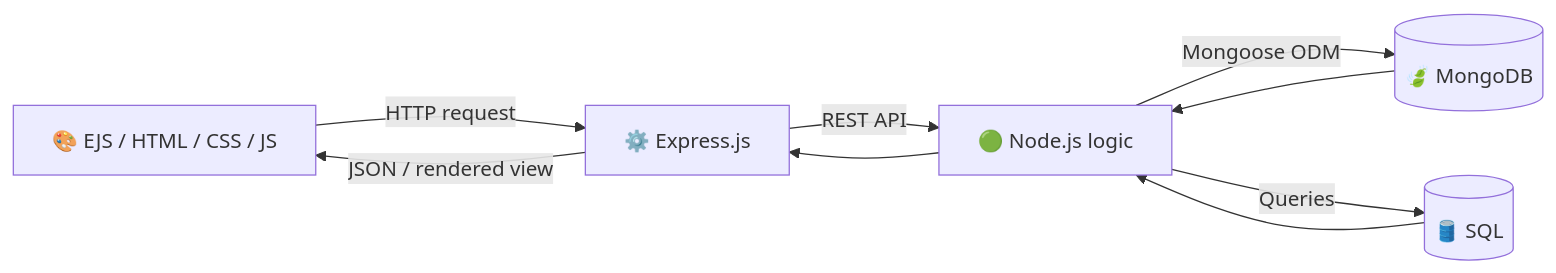
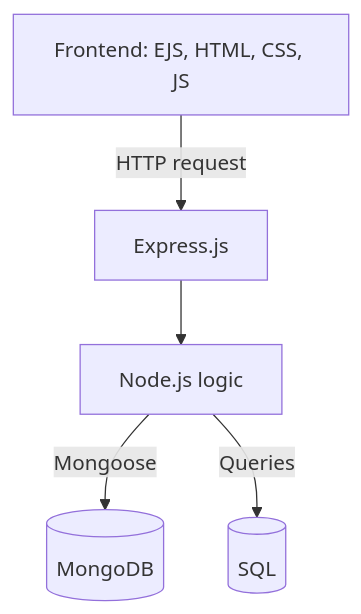
One commit to Arihant-rgb/Arihant-rgb changed the diagram in README.md. Above: the diagram before and after it, drawn with Mermaid. The commit also changed other lines of this file, not shown here.

Commit message:
Update about me README.md

````diff
--- a/README.md
+++ b/README.md
@@ -76,11 +73,7 @@
 ```mermaid
-flowchart LR
-    A[🎨 EJS / HTML / CSS / JS] -->|HTTP request| B[⚙️ Express.js]
-    B -->|REST API| C[🟢 Node.js logic]
-    C -->|Mongoose ODM| D[(🍃 MongoDB)]
-    C -->|Queries| E[(🛢️ SQL)]
-    D --> C
-    E --> C
-    C --> B
-    B -->|JSON / rendered view| A
+flowchart TD
+    A[Frontend: EJS, HTML, CSS, JS] -->|HTTP request| B[Express.js]
+    B --> C[Node.js logic]
+    C -->|Mongoose| D[(MongoDB)]
+    C -->|Queries| E[(SQL)]
 ```
````
